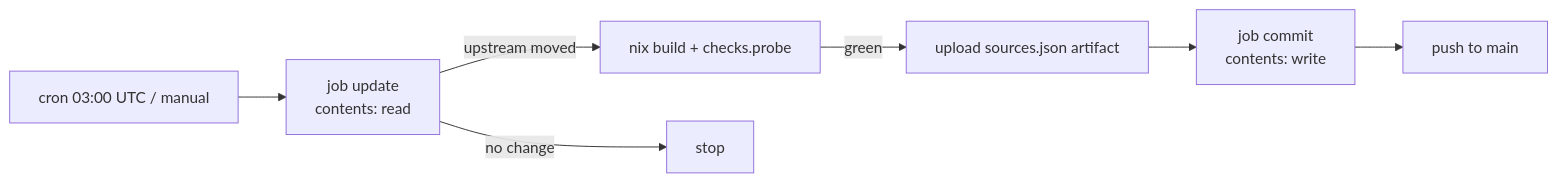
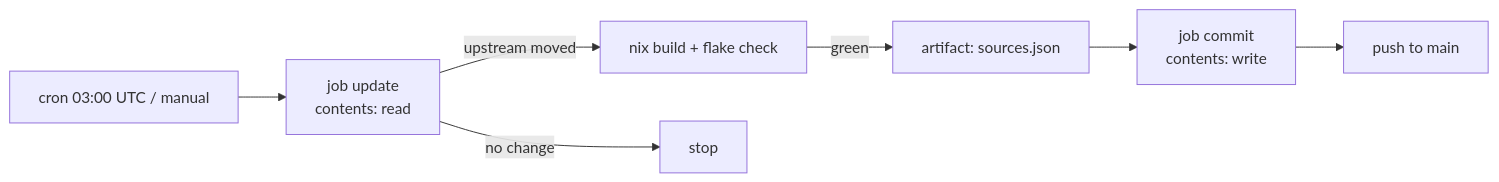
One commit to olafkfreund/nixarchy-omabroadcast changed the diagram in spec/2026-11-18-1-flake-package.md. Above: the diagram before and after it, drawn with Mermaid. The commit also changed other lines of this file, not shown here.

First line of the commit message:
docs(spec): address Codex review on 2026-11-18-1-flake-package (#1)

````diff
--- a/spec/2026-11-18-1-flake-package.md
+++ b/spec/2026-11-18-1-flake-package.md
@@ -53,9 +71,9 @@
 ```mermaid
 flowchart LR
   cron[cron 03:00 UTC / manual] --> A[job update<br/>contents: read]
-  A -->|upstream moved| B[nix build + checks.probe]
-  B -->|green| C[upload sources.json artifact]
+  A -->|upstream moved| B[nix build + flake check]
+  B -->|green| C[artifact: sources.json]
   C --> D[job commit<br/>contents: write]
   D --> E[push to main]
   A -->|no change| X[stop]
 ```
````
